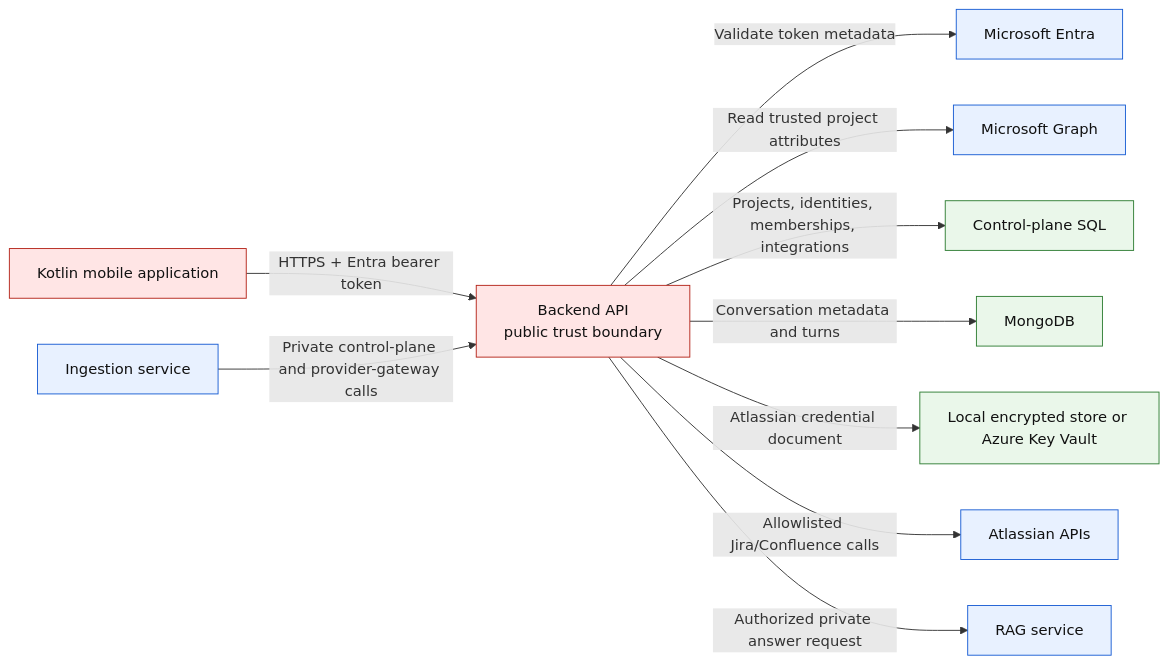
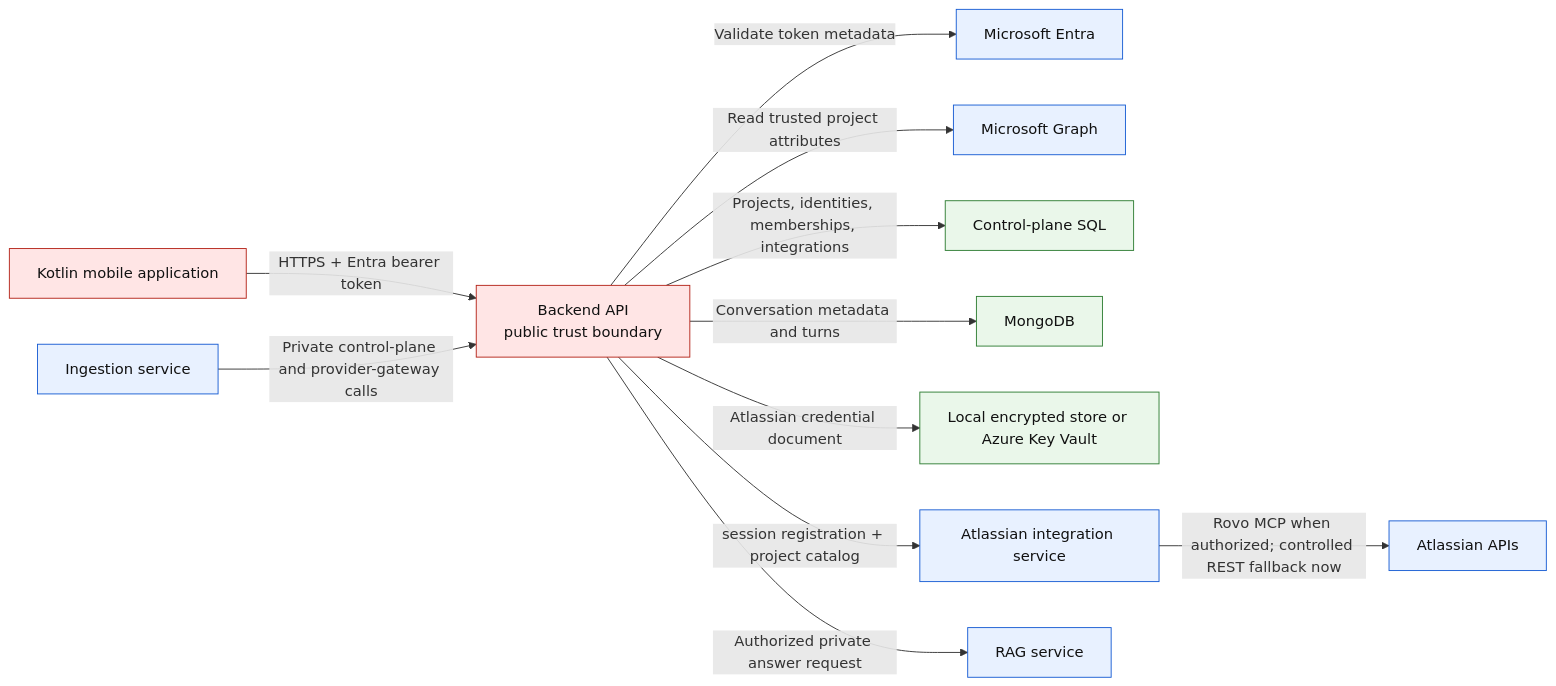
Before and after one commit to naveenrajElangovan/project-intelligence-backend: the first of 8 diagrams in docs/CURRENT_ARCHITECTURE.md, drawn with Mermaid. The commit also changed other lines of this file and 1 other file, not shown here.

Commit message:
docs: update five-service architecture

````diff
--- a/docs/CURRENT_ARCHITECTURE.md
+++ b/docs/CURRENT_ARCHITECTURE.md
@@ -30,19 +30,20 @@
 ```mermaid
 flowchart LR
     U["Kotlin mobile application"] -->|"HTTPS + Entra bearer token"| B["Backend API\npublic trust boundary"]
     B -->|"Validate token metadata"| E["Microsoft Entra"]
     B -->|"Read trusted project attributes"| G["Microsoft Graph"]
     B -->|"Projects, identities, memberships, integrations"| S["Control-plane SQL"]
     B -->|"Conversation metadata and turns"| M["MongoDB"]
     B -->|"Atlassian credential document"| K["Local encrypted store or Azure Key Vault"]
-    B -->|"Allowlisted Jira/Confluence calls"| A["Atlassian APIs"]
+    B -->|"session registration + project catalog"| AT["Atlassian integration service"]
+    AT -->|"Rovo MCP when authorized; controlled REST fallback now"| A["Atlassian APIs"]
     B -->|"Authorized private answer request"| R["RAG service"]
     I["Ingestion service"] -->|"Private control-plane and provider-gateway calls"| B
 
     classDef public fill:#ffe5e5,stroke:#b42318,color:#111;
     classDef private fill:#e8f1ff,stroke:#175cd3,color:#111;
     classDef data fill:#eaf7ea,stroke:#2e7d32,color:#111;
     class U,B public;
-    class E,G,A,R,I private;
+    class E,G,A,AT,R,I private;
     class S,M,K data;
 ```
````
